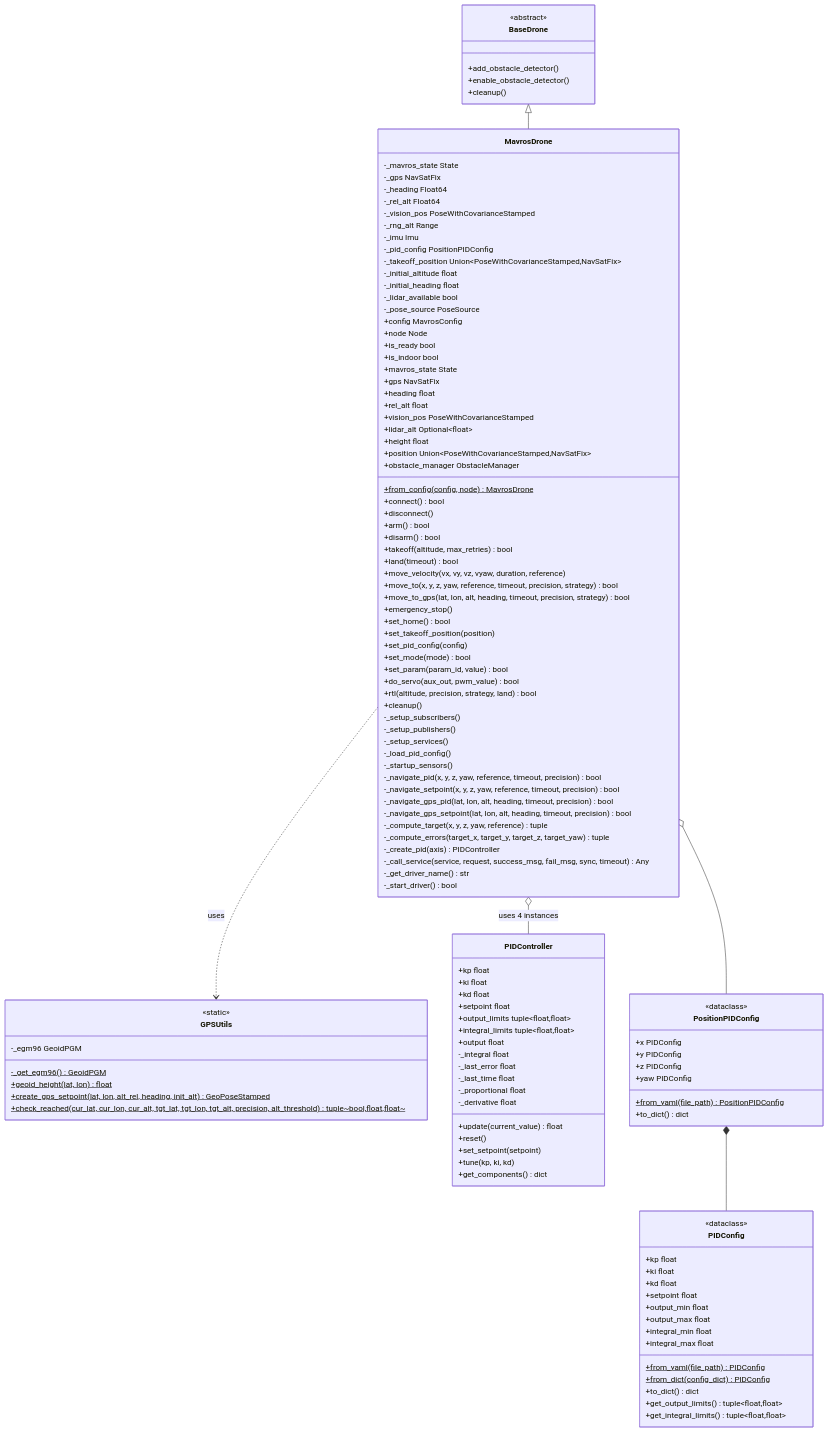
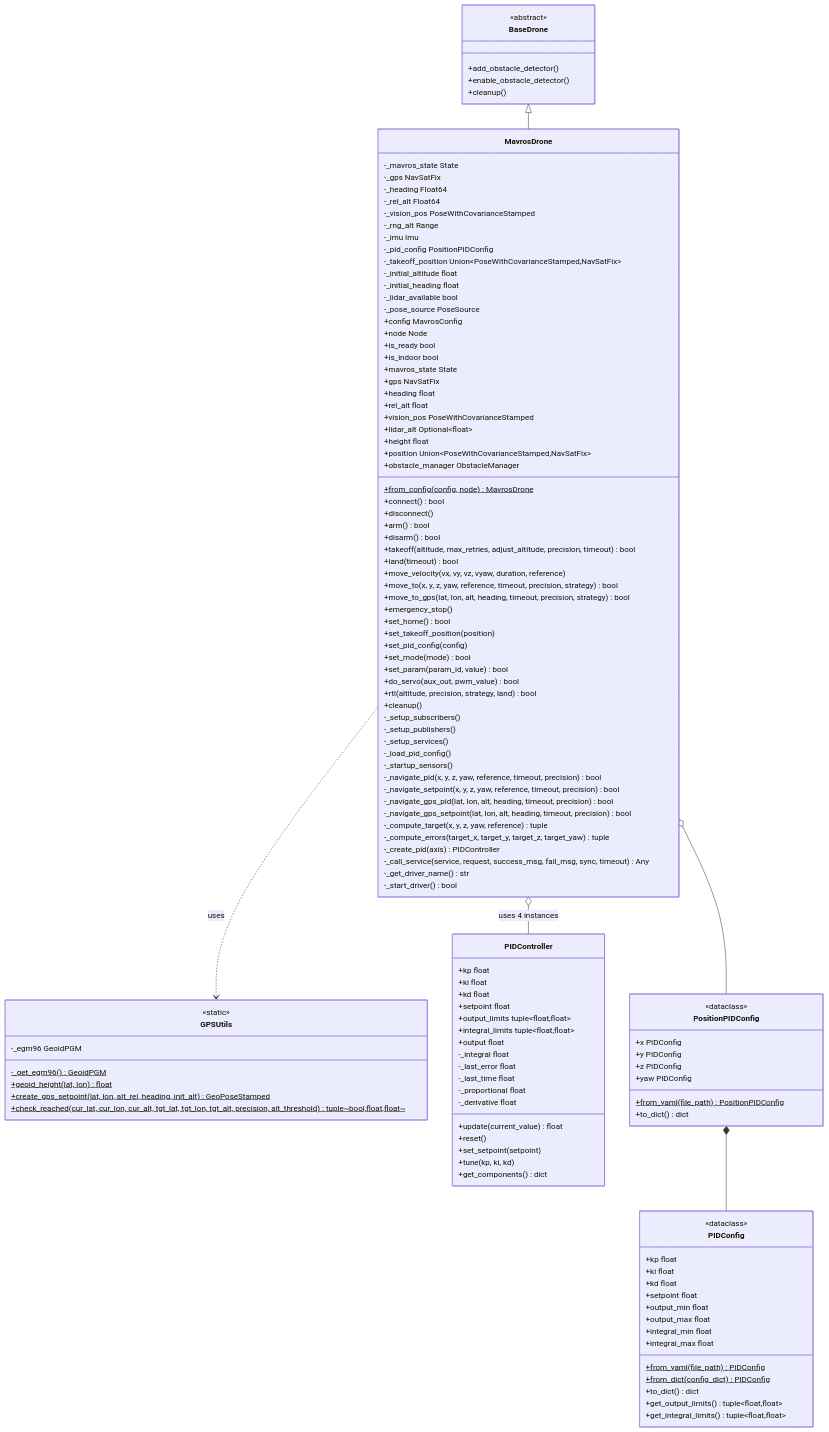
Before and after one commit to Black-Bee-Drones/nectar-sdk: the diagram in mirela_sdk/mirela_sdk/control/mavros/README.md, drawn with Mermaid. The commit also changed other lines of this file and 1 other file, not shown here.

Commit message:
feat(mavros drone):  takeoff method with altitude adjustment options and update documentation

```diff
--- a/mirela_sdk/mirela_sdk/control/mavros/README.md
+++ b/mirela_sdk/mirela_sdk/control/mavros/README.md
@@ -38,7 +38,7 @@
         +disconnect()
         +arm() bool
         +disarm() bool
-        +takeoff(altitude, max_retries) bool
+        +takeoff(altitude, max_retries, adjust_altitude, precision, timeout) bool
         +land(timeout) bool
         +move_velocity(vx, vy, vz, vyaw, duration, reference)
         +move_to(x, y, z, yaw, reference, timeout, precision, strategy) bool
```
